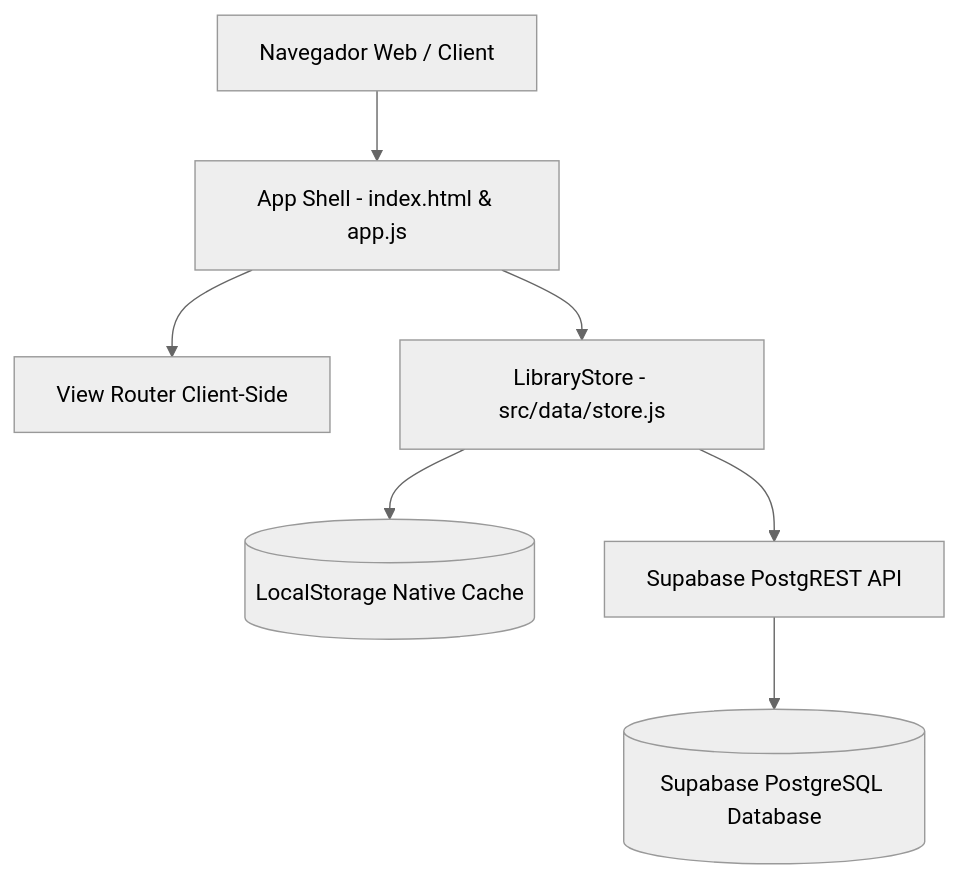
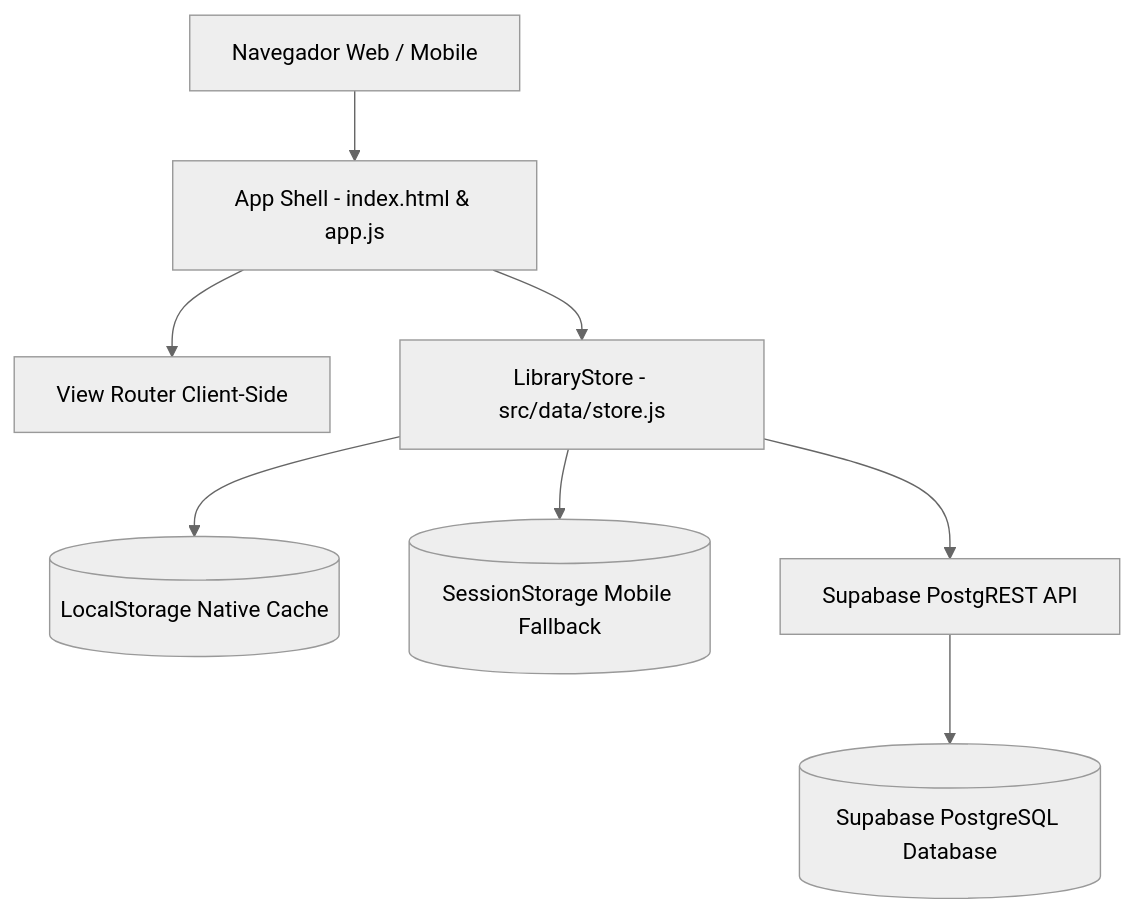
The diagram in docs/DEVELOPER_GUIDE.md (manuelgasparm007/shared-library), drawn with Mermaid (neutral theme) before and after one commit. The commit also changed other lines of this file and 1 other file, not shown here.

Commit message:
docs: remove redundant docs/README.md and restructure DEVELOPER_GUIDE.md into module architecture

````diff
--- a/docs/DEVELOPER_GUIDE.md
+++ b/docs/DEVELOPER_GUIDE.md
@@ -22,11 +22,12 @@
 ```mermaid
 flowchart TD
-    Client[Navegador Web / Client] --> AppShell[App Shell - index.html & app.js]
+    Client[Navegador Web / Mobile] --> AppShell[App Shell - index.html & app.js]
     AppShell --> Router[View Router Client-Side]
     AppShell --> Store[LibraryStore - src/data/store.js]
     
     Store --> LocalStorage[(LocalStorage Native Cache)]
+    Store --> SessionStorage[(SessionStorage Mobile Fallback)]
     Store --> SupabaseREST[Supabase PostgREST API]
     
     SupabaseREST --> CloudDB[(Supabase PostgreSQL Database)]
 ```
````
